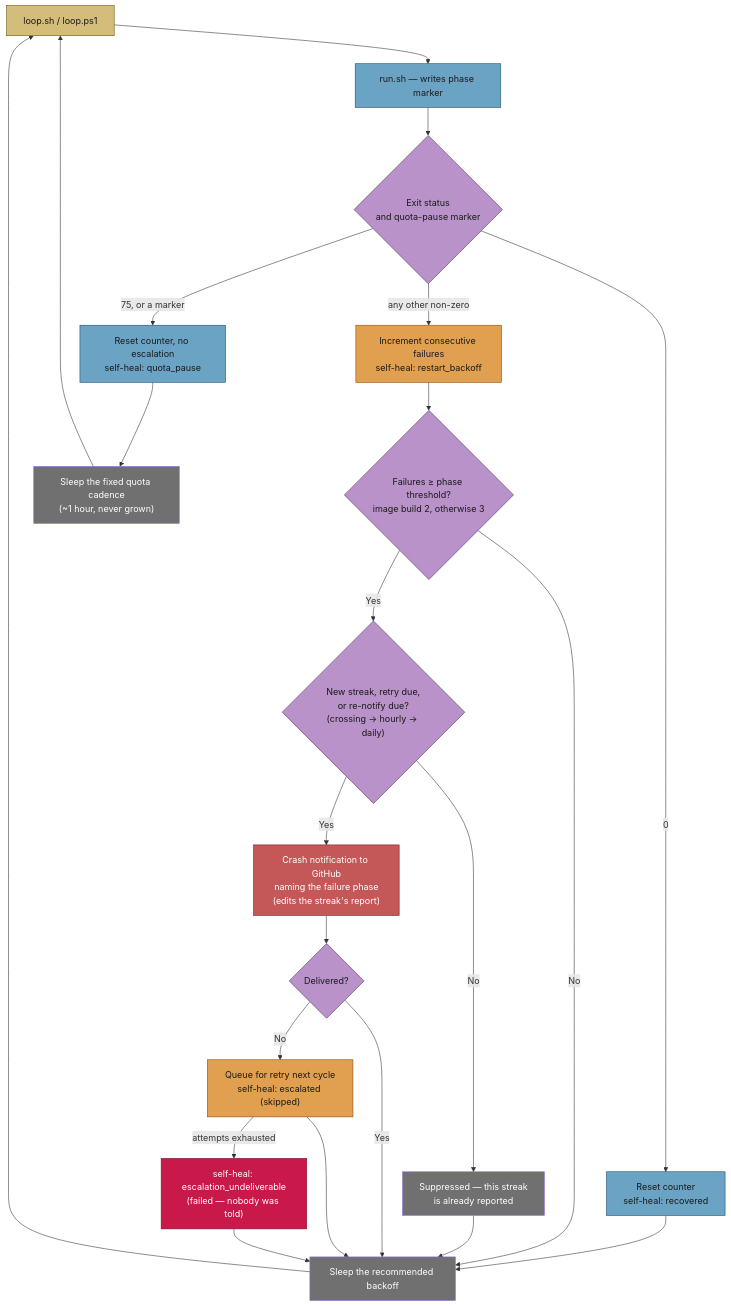
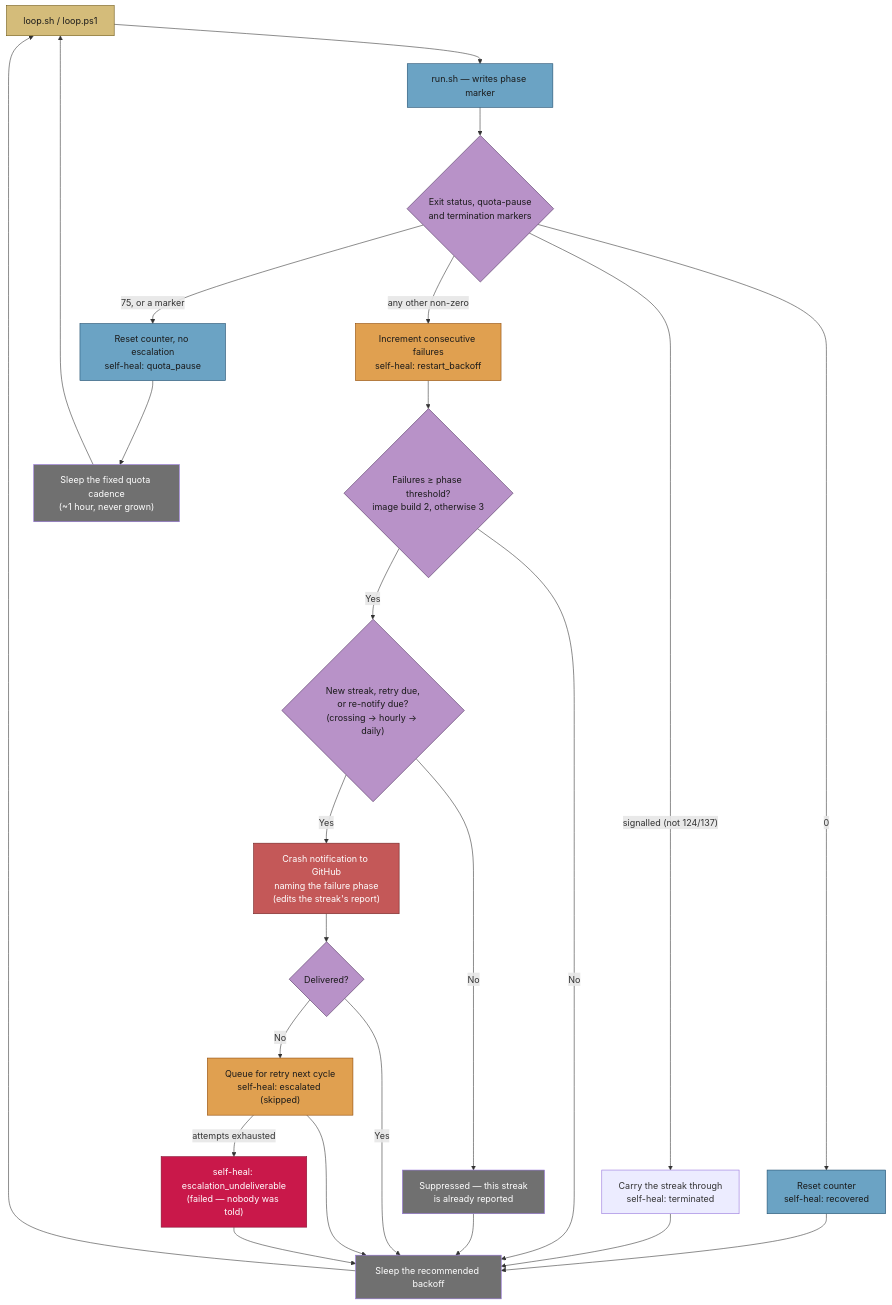
One commit to stSoftwareAU/VibeCoder changed the second of 6 diagrams in docs/workflows/resilience-and-concurrency.md. Above: the diagram before and after it, drawn with Mermaid. The commit also changed other lines of this file and 11 other files, not shown here.

First line of the commit message:
fix: a launcher stopped by a signal is a stop, not a host failure (Issue #1072)

````diff
--- a/docs/workflows/resilience-and-concurrency.md
+++ b/docs/workflows/resilience-and-concurrency.md
@@ -84,46 +86,48 @@
 ```mermaid
 flowchart TD
   Loop["loop.sh / loop.ps1"]
   Launch["run.sh — writes phase marker"]
-  Status{"Exit status<br/>and quota-pause marker"}
+  Status{"Exit status, quota-pause<br/>and termination markers"}
   Reset["Reset counter<br/>self-heal: recovered"]
   Quota["Reset counter, no escalation<br/>self-heal: quota_pause"]
+  Stopped["Carry the streak through<br/>self-heal: terminated"]
   Count["Increment consecutive failures<br/>self-heal: restart_backoff"]
   Threshold{"Failures ≥ phase threshold?<br/>image build 2, otherwise 3"}
   Due{"New streak, retry due,<br/>or re-notify due?<br/>(crossing → hourly → daily)"}
   Dedup["Suppressed — this streak<br/>is already reported"]
   Escalate["Crash notification to GitHub<br/>naming the failure phase<br/>(edits the streak's report)"]
   Delivered{"Delivered?"}
   Queue["Queue for retry next cycle<br/>self-heal: escalated (skipped)"]
   Lost["self-heal: escalation_undeliverable<br/>(failed — nobody was told)"]
   Cadence["Sleep the fixed quota cadence<br/>(~1 hour, never grown)"]
   Sleep["Sleep the recommended backoff"]
   Loop --> Launch --> Status
   Status -->|0| Reset --> Sleep
   Status -->|75, or a marker| Quota --> Cadence
+  Status -->|"signalled (not 124/137)"| Stopped --> Sleep
   Status -->|any other non-zero| Count --> Threshold
   Threshold -->|No| Sleep
   Threshold -->|Yes| Due
   Due -->|No| Dedup --> Sleep
   Due -->|Yes| Escalate --> Delivered
   Delivered -->|Yes| Sleep
   Delivered -->|No| Queue --> Sleep
   Queue -->|attempts exhausted| Lost --> Sleep
   Sleep --> Loop
   Cadence --> Loop
   style Loop fill:#d4bc7a,stroke:#6b5510,color:#1a1a1a
   style Launch fill:#6ba3c4,stroke:#1d4a6a,color:#1a1a1a
   style Status fill:#b892c8,stroke:#4a2d5a,color:#1a1a1a
   style Threshold fill:#b892c8,stroke:#4a2d5a,color:#1a1a1a
   style Due fill:#b892c8,stroke:#4a2d5a,color:#1a1a1a
   style Delivered fill:#b892c8,stroke:#4a2d5a,color:#1a1a1a
   style Reset fill:#6ba3c4,stroke:#1d4a6a,color:#1a1a1a
   style Quota fill:#6ba3c4,stroke:#1d4a6a,color:#1a1a1a
   style Cadence fill:#707070,stroke:,color:#fff
   style Count fill:#e0a050,stroke:#8b4500,color:#1a1a1a
   style Dedup fill:#707070,stroke:,color:#fff
   style Escalate fill:#c45858,stroke:#6b2020,color:#fff
   style Queue fill:#e0a050,stroke:#8b4500,color:#1a1a1a
   style Lost fill:#c9184a,stroke:#800f2f,color:#fff
   style Sleep fill:#707070,stroke:,color:#fff
 ```
````
